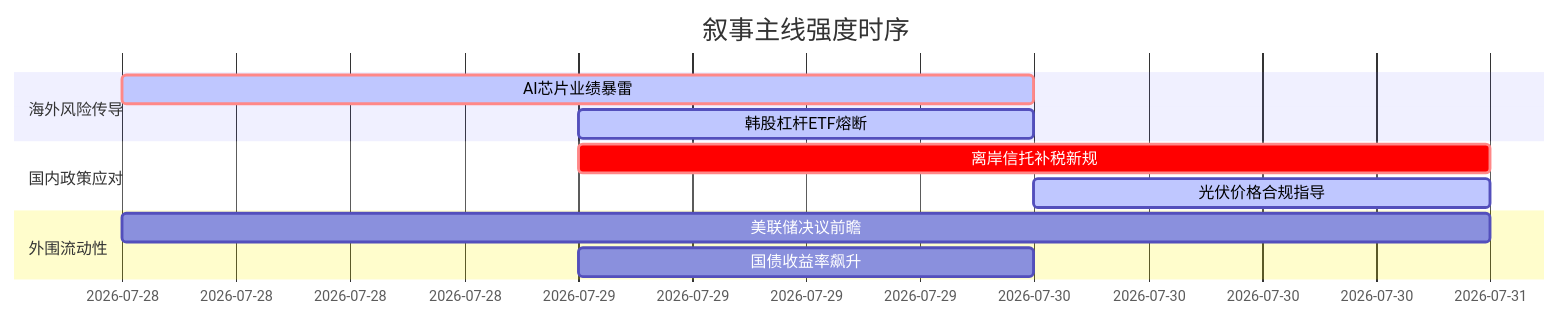
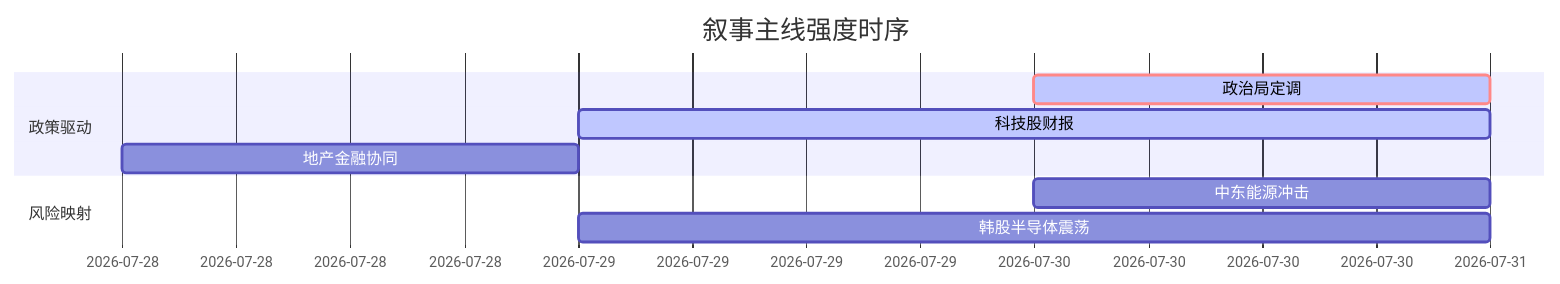
Before and after one commit to uu5zn/uu5zn.github.io: the diagram in 5day_report.md, drawn with Mermaid. The commit also changed other lines of this file and 24 other files, not shown here.

````diff
--- a/5day_report.md
+++ b/5day_report.md
@@ -56,16 +54,13 @@
 ```mermaid
 gantt
     title 叙事主线强度时序
     dateFormat  YYYY-MM-DD
-    section 海外风险传导
-    AI芯片业绩暴雷   :crit, active, 2026-07-28, 2d
-    韩股杠杆ETF熔断  :active, 2026-07-29, 1d
+    section 政策驱动
+    政治局定调      :crit, active, 2026-07-30, 1d
+    科技股财报      :active, 2026-07-29, 2d
+    地产金融协同    :2026-07-28, 1d
     
-    section 国内政策应对
-    离岸信托补税新规 :crit, 2026-07-29, 2d
-    光伏价格合规指导 :active, 2026-07-30, 1d
-    
-    section 外围流动性
-    美联储决议前瞻   :2026-07-28, 3d
-    国债收益率飙升   :2026-07-29, 1d
+    section 风险映射
+    中东能源冲击    :2026-07-30, 1d
+    韩股半导体震荡  :2026-07-29, 2d
 ```
````
